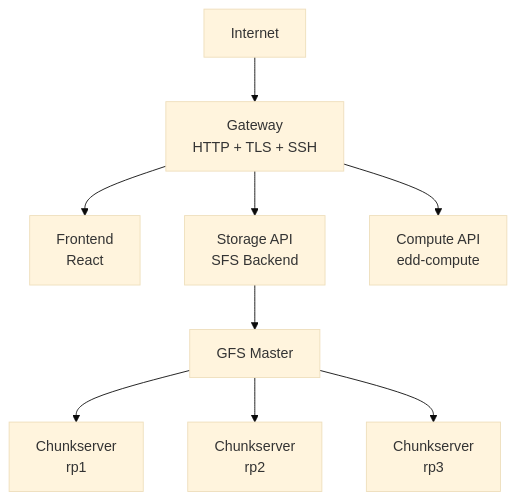
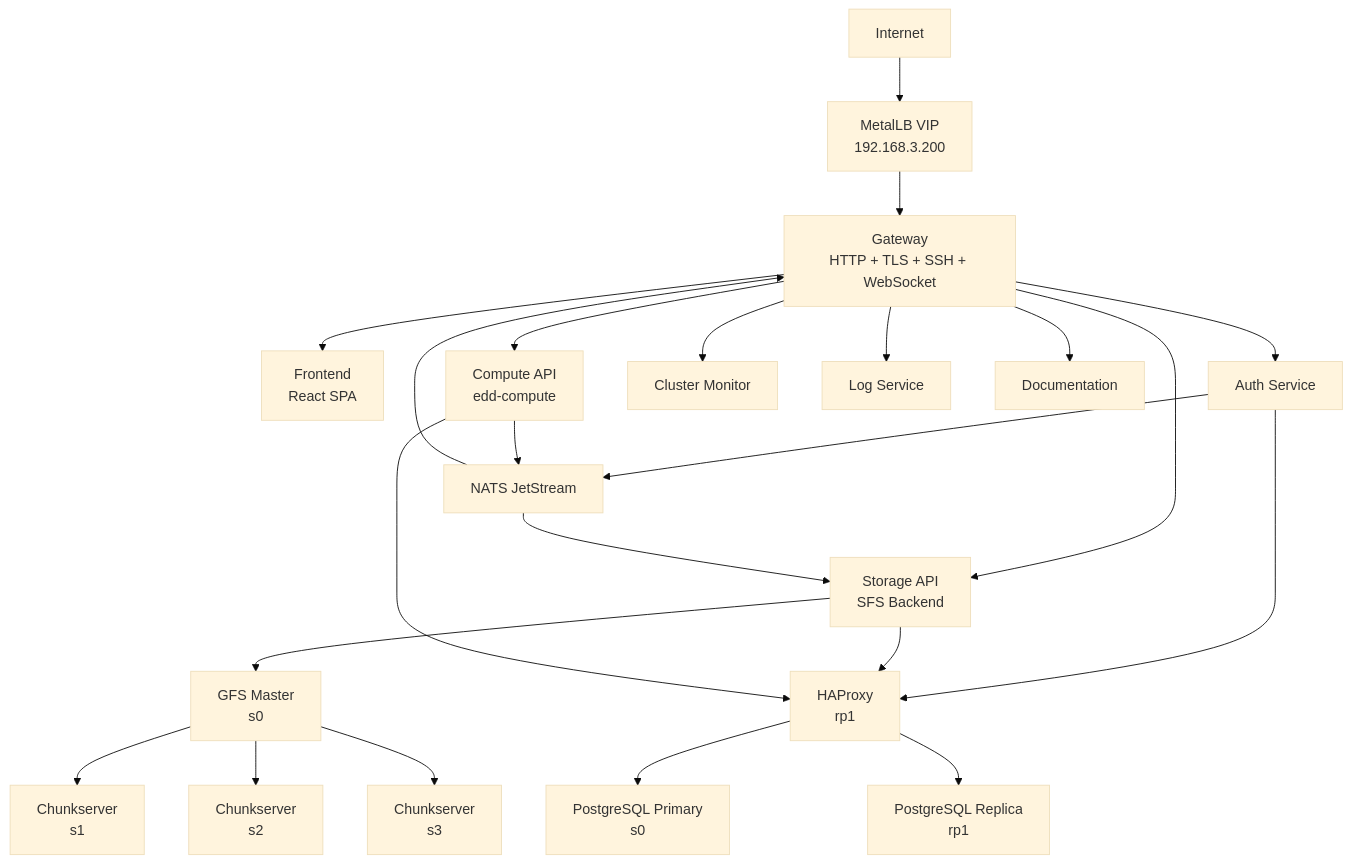
One commit to EddisonSo/cloud changed the first of 2 diagrams in edd-cloud-docs/docs/architecture.md. Above: the diagram before and after it, drawn with Mermaid (base theme). The commit also changed other lines of this file and 2 other files, not shown here.

First line of the commit message:
docs(architecture): expand architecture and networking documentation

````diff
--- a/edd-cloud-docs/docs/architecture.md
+++ b/edd-cloud-docs/docs/architecture.md
@@ -9,16 +11,31 @@
 ```mermaid
 flowchart TB
     Internet[Internet]
 
-    Internet --> Gateway[Gateway<br/>HTTP + TLS + SSH]
+    Internet --> MetalLB[MetalLB VIP<br/>192.168.3.200]
+    MetalLB --> Gateway[Gateway<br/>HTTP + TLS + SSH + WebSocket]
 
-    Gateway --> Frontend[Frontend<br/>React]
+    Gateway --> Frontend[Frontend<br/>React SPA]
+    Gateway --> Auth[Auth Service]
     Gateway --> Storage[Storage API<br/>SFS Backend]
     Gateway --> Compute[Compute API<br/>edd-compute]
+    Gateway --> Health[Cluster Monitor]
+    Gateway --> Logs[Log Service]
+    Gateway --> Docs[Documentation]
 
-    Storage --> GFSMaster[GFS Master]
+    Auth --> NATS[NATS JetStream]
+    Compute --> NATS
+    NATS --> Storage
+    NATS --> Gateway
 
-    GFSMaster --> Chunk1[Chunkserver<br/>rp1]
-    GFSMaster --> Chunk2[Chunkserver<br/>rp2]
-    GFSMaster --> Chunk3[Chunkserver<br/>rp3]
+    Storage --> GFSMaster[GFS Master<br/>s0]
+    GFSMaster --> Chunk1[Chunkserver<br/>s1]
+    GFSMaster --> Chunk2[Chunkserver<br/>s2]
+    GFSMaster --> Chunk3[Chunkserver<br/>s3]
+
+    Auth --> HAProxy[HAProxy<br/>rp1]
+    Storage --> HAProxy
+    Compute --> HAProxy
+    HAProxy --> PGPrimary[PostgreSQL Primary<br/>s0]
+    HAProxy --> PGReplica[PostgreSQL Replica<br/>rp1]
 ```
````
